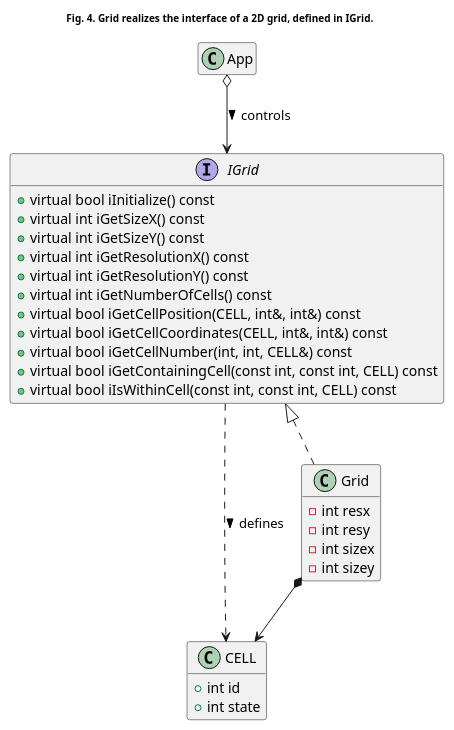
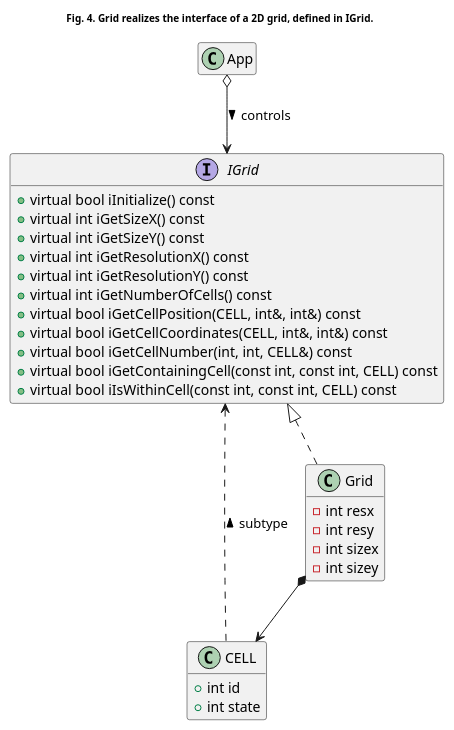
The fourth of 5 diagrams in _posts/modsim/2020-09-29-sfml-2d-grid.md (kanmeugne/kanmeugne.github.io), drawn with PlantUML before and after one commit. The commit also changed other lines of this file and 2 other files, not shown here.

```diff
--- a/_posts/modsim/2020-09-29-sfml-2d-grid.md
+++ b/_posts/modsim/2020-09-29-sfml-2d-grid.md
@@ -203,43 +203,43 @@
 {% plantuml %}
 @startuml
 title: <size:10> Fig. 4. Grid realizes the interface of a 2D grid, defined in IGrid. </size>
 class App {
     + {static} const int DEFAULT_HEIGHT
     + {static} const int DEFAULT_WIDTH
     + {static} const int DEFAULT_RESX
     + {static} const int DEFAULT_RESY
     + void run()
     + void display()
 }
 class CELL {
     + int id
     + int state
 }
 interface IGrid {
     + virtual bool iInitialize() const
     + virtual int iGetSizeX() const
     + virtual int iGetSizeY() const
     + virtual int iGetResolutionX() const
     + virtual int iGetResolutionY() const
     + virtual int iGetNumberOfCells() const
     + virtual bool iGetCellPosition(CELL, int&, int&) const
     + virtual bool iGetCellCoordinates(CELL, int&, int&) const
     + virtual bool iGetCellNumber(int, int, CELL&) const
     + virtual bool iGetContainingCell(const int, const int, CELL) const
     + virtual bool iIsWithinCell(const int, const int, CELL) const
 }
 class Grid implements IGrid {
     - int resx
     - int resy
     - int sizex
     - int sizey
 }
-IGrid ..> CELL : defines >
+IGrid <. CELL : subtype <
 Grid *--> CELL
 App o--> IGrid : controls >
 hide App members
 hide IGrid fields
 hide CELL methods
 hide Grid methods
 @enduml
 {% endplantuml %}
```
